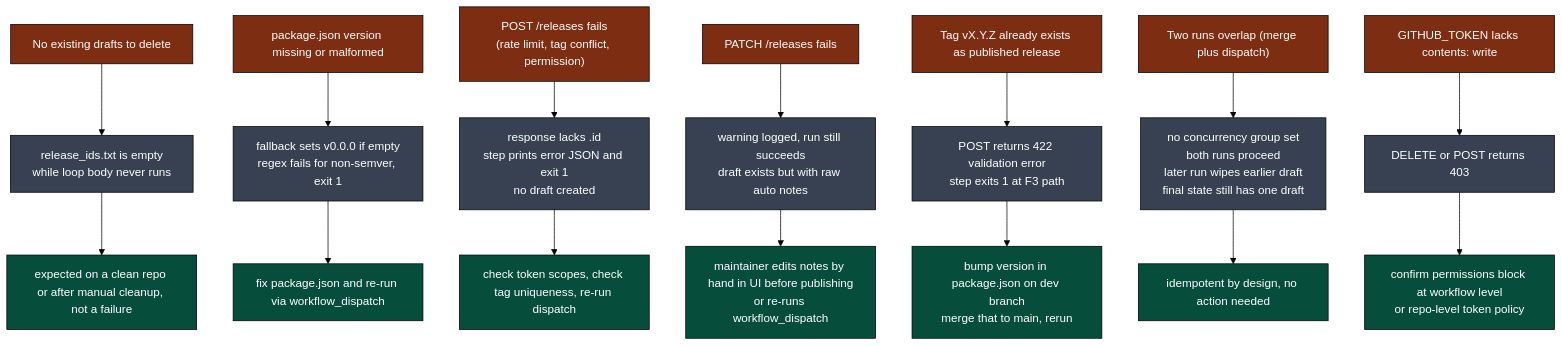
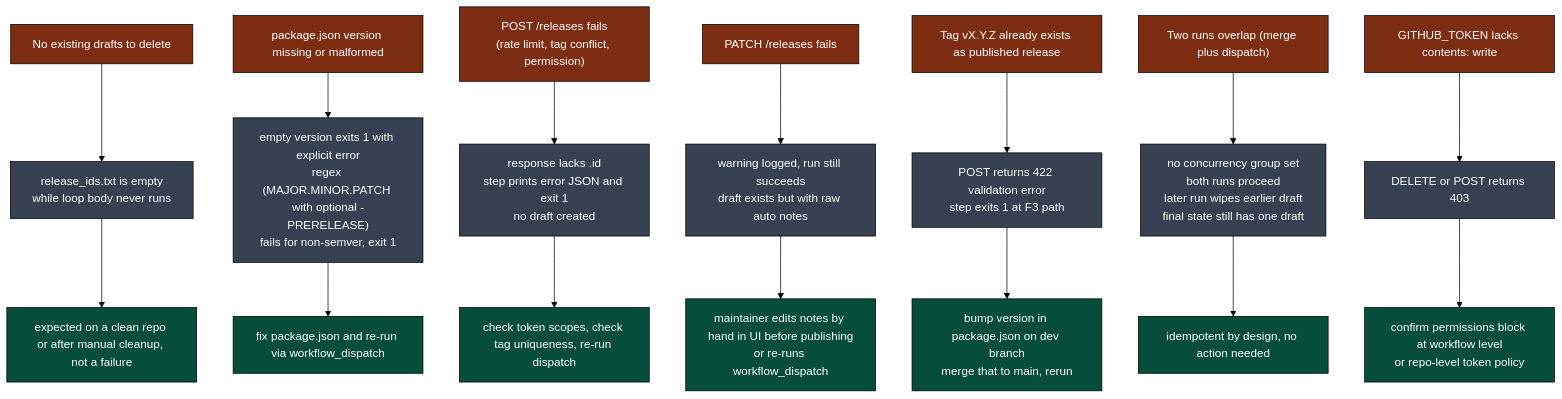
The tenth of 11 diagrams in .github/docs/CREATE_DRAFT_RELEASE_DEEP_DIVE.md (gregreindel/llm-exe), drawn with Mermaid (forest theme) before and after one commit. The commit also changed other lines of this file and 5 other files, not shown here.

````diff
--- a/.github/docs/CREATE_DRAFT_RELEASE_DEEP_DIVE.md
+++ b/.github/docs/CREATE_DRAFT_RELEASE_DEEP_DIVE.md
@@ -415,40 +416,40 @@
 ```mermaid
 flowchart TB
     classDef fail fill:#7c2d12,color:#fff,stroke:#000
     classDef effect fill:#374151,color:#fff,stroke:#000
     classDef fix fill:#064e3b,color:#fff,stroke:#000
 
     F1["No existing drafts to delete"]:::fail
     F1 --> F1E["release_ids.txt is empty\nwhile loop body never runs"]:::effect
     F1E --> F1X["expected on a clean repo or after manual cleanup, not a failure"]:::fix
 
     F2["package.json version missing or malformed"]:::fail
-    F2 --> F2E["fallback sets v0.0.0 if empty\nregex fails for non-semver, exit 1"]:::effect
+    F2 --> F2E["empty version exits 1 with explicit error\nregex (MAJOR.MINOR.PATCH with optional -PRERELEASE)\nfails for non-semver, exit 1"]:::effect
     F2X["fix package.json and re-run via workflow_dispatch"]:::fix
     F2E --> F2X
 
     F3["POST /releases fails\n(rate limit, tag conflict, permission)"]:::fail
     F3 --> F3E["response lacks .id\nstep prints error JSON and exit 1\nno draft created"]:::effect
     F3X["check token scopes, check tag uniqueness, re-run dispatch"]:::fix
     F3E --> F3X
 
     F4["PATCH /releases fails"]:::fail
     F4 --> F4E["warning logged, run still succeeds\ndraft exists but with raw auto notes"]:::effect
     F4X["maintainer edits notes by hand in UI before publishing\nor re-runs workflow_dispatch"]:::fix
     F4E --> F4X
 
     F5["Tag vX.Y.Z already exists as published release"]:::fail
     F5 --> F5E["POST returns 422 validation error\nstep exits 1 at F3 path"]:::effect
     F5X["bump version in package.json on dev branch\nmerge that to main, rerun"]:::fix
     F5E --> F5X
 
     F6["Two runs overlap (merge plus dispatch)"]:::fail
     F6 --> F6E["no concurrency group set\nboth runs proceed\nlater run wipes earlier draft\nfinal state still has one draft"]:::effect
     F6X["idempotent by design, no action needed"]:::fix
     F6E --> F6X
 
     F7["GITHUB_TOKEN lacks contents: write"]:::fail
     F7 --> F7E["DELETE or POST returns 403"]:::effect
     F7X["confirm permissions block at workflow level\nor repo-level token policy"]:::fix
     F7E --> F7X
 ```
````
